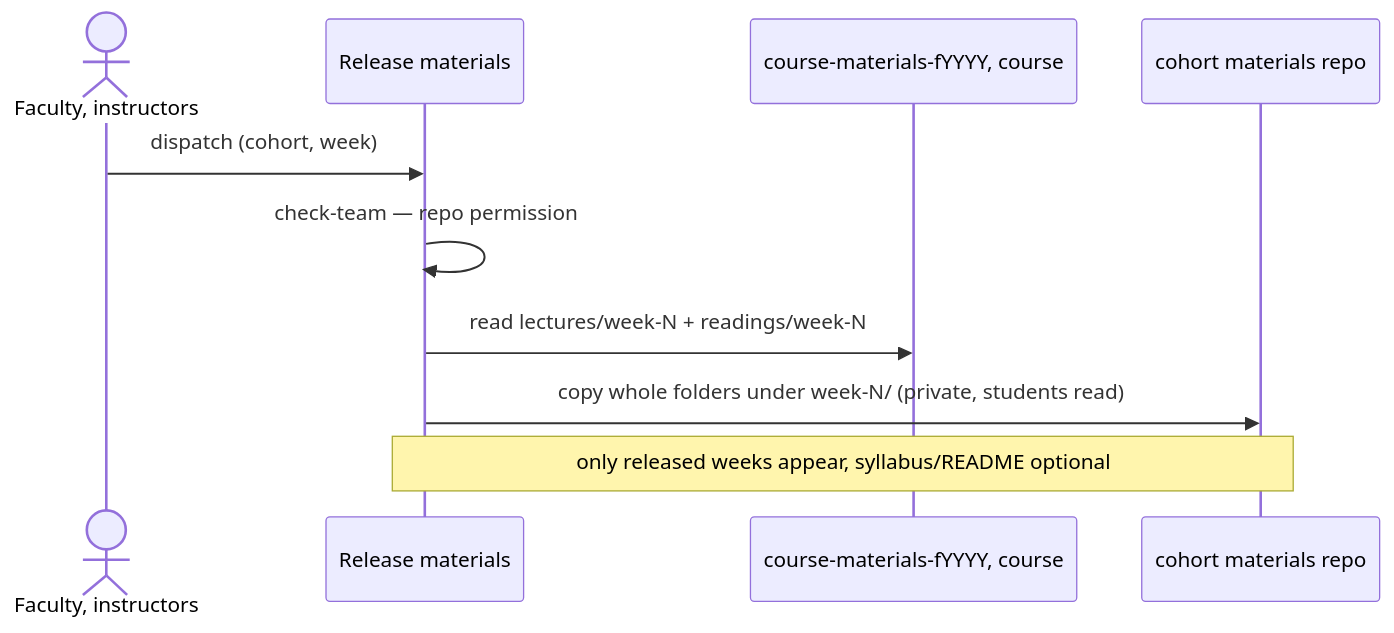
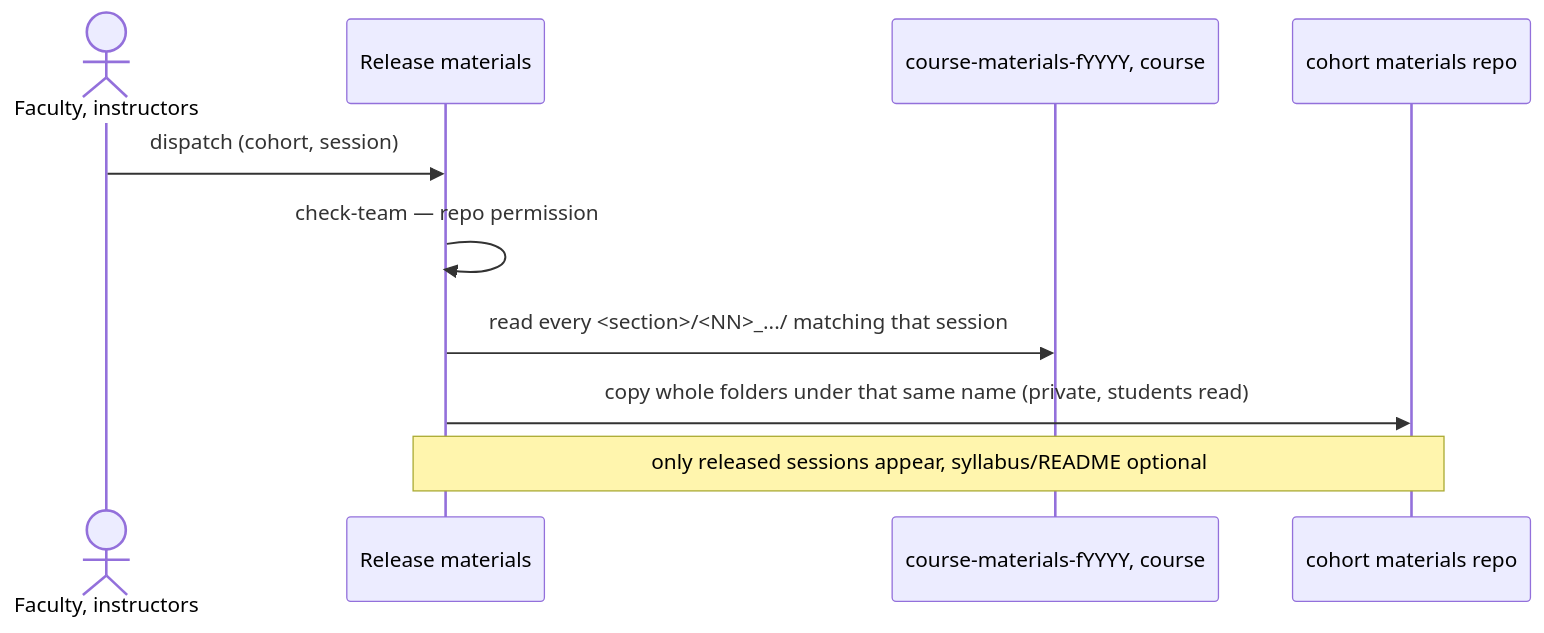
Before and after one commit to hertie-data-science-lab/dsl-teaching-course-setup: the fifth of 10 diagrams in docs/admin/architecture.md, drawn with Mermaid. The commit also changed other lines of this file and 48 other files, not shown here.

````diff
--- a/docs/admin/architecture.md
+++ b/docs/admin/architecture.md
@@ -139,12 +141,12 @@
 ```mermaid
 sequenceDiagram
   actor F as Faculty, instructors
   participant A as Release materials
   participant Src as course-materials-fYYYY, course
   participant Coh as cohort materials repo
-  F->>A: dispatch (cohort, week)
+  F->>A: dispatch (cohort, session)
   A->>A: check-team — repo permission
-  A->>Src: read lectures/week-N + readings/week-N
-  A->>Coh: copy whole folders under week-N/ (private, students read)
-  Note over A,Coh: only released weeks appear, syllabus/README optional
+  A->>Src: read every <section>/<NN>_.../ matching that session
+  A->>Coh: copy whole folders under that same name (private, students read)
+  Note over A,Coh: only released sessions appear, syllabus/README optional
 ```
````
